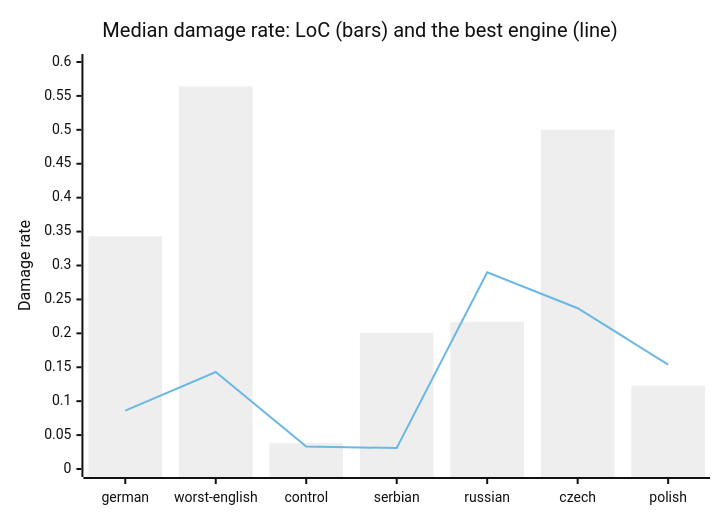
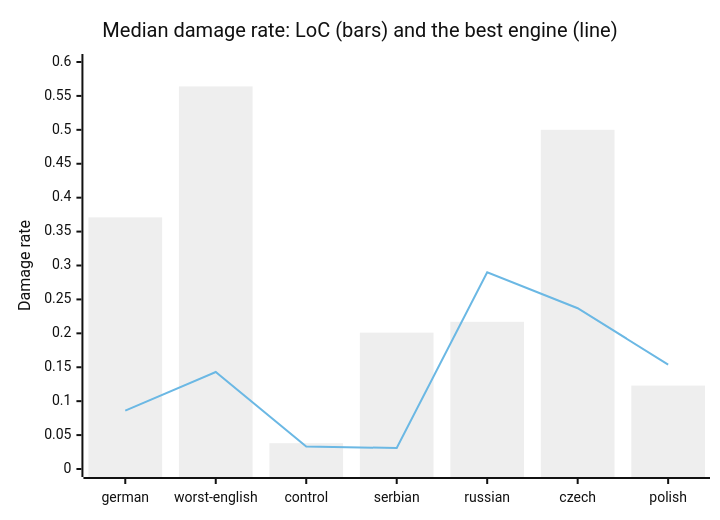
The diagram in docs/reports/2026-10-ocr-engine-survey/data/tables.md (tgoodyear/usnewsmap.com), drawn with Mermaid (neutral theme) before and after one commit. The commit also changed other lines of this file and 11 other files, not shown here.

````diff
--- a/docs/reports/2026-10-ocr-engine-survey/data/tables.md
+++ b/docs/reports/2026-10-ocr-engine-survey/data/tables.md
@@ -133,8 +133,8 @@
 ```mermaid
 xychart-beta
     title "Median damage rate: LoC (bars) and the best engine (line)"
     x-axis ["german", "worst-english", "control", "serbian", "russian", "czech", "polish"]
     y-axis "Damage rate" 0 --> 0.6
-    bar [0.343, 0.564, 0.038, 0.201, 0.217, 0.500, 0.123]
+    bar [0.371, 0.564, 0.038, 0.201, 0.217, 0.500, 0.123]
     line [0.086, 0.143, 0.033, 0.031, 0.290, 0.237, 0.154]
 ```
````
